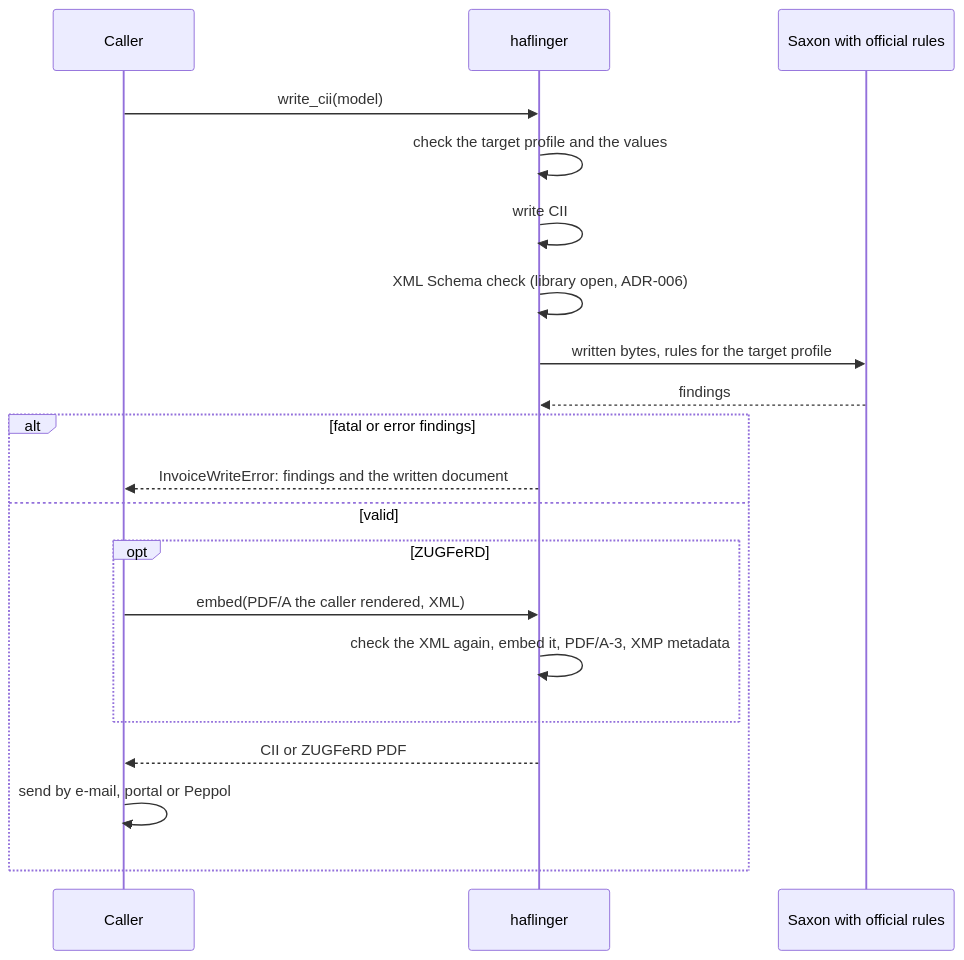
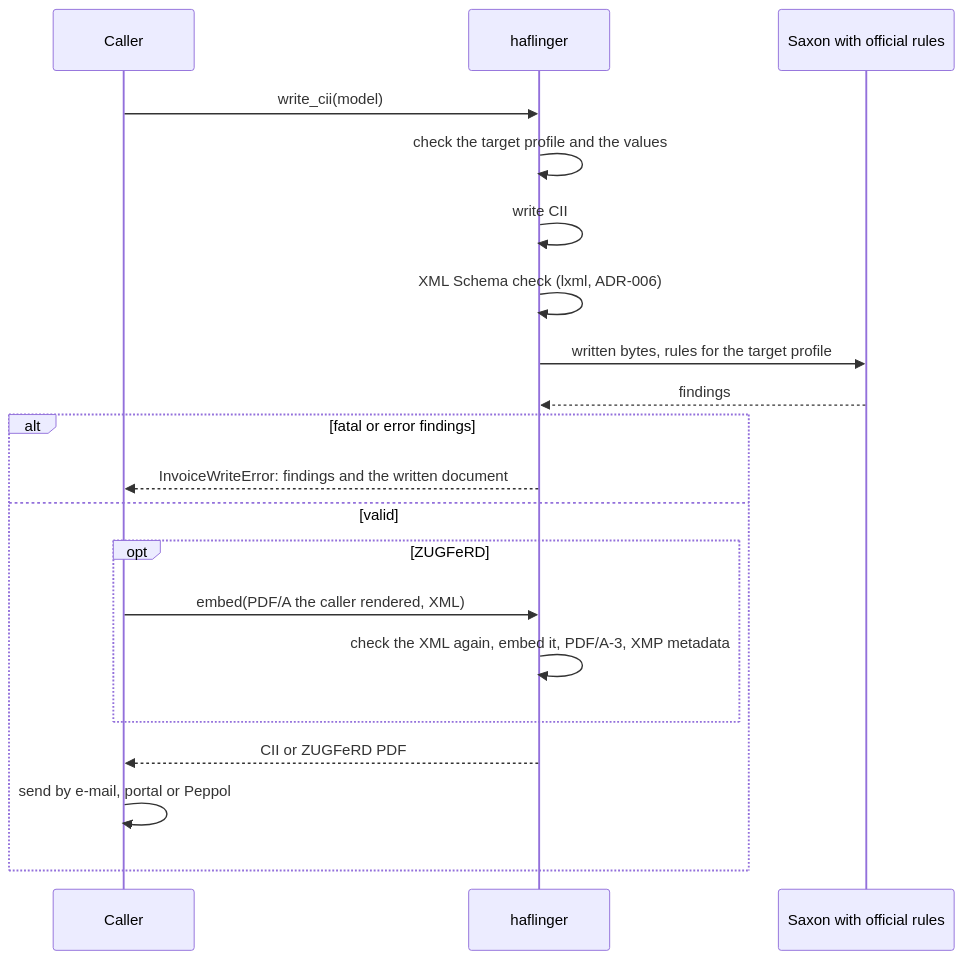
Before and after one commit to Interlusion/haflinger: the fourth of 5 diagrams in docs/arc42/README.md, drawn with Mermaid. The commit also changed other lines of this file and 17 other files, not shown here.

````diff
--- a/docs/arc42/README.md
+++ b/docs/arc42/README.md
@@ -171,22 +171,22 @@
 ```mermaid
 sequenceDiagram
     participant A as Caller
     participant H as haflinger
     participant S as Saxon with official rules
     A->>H: write_cii(model)
     H->>H: check the target profile and the values
     H->>H: write CII
-    H->>H: XML Schema check (library open, ADR-006)
+    H->>H: XML Schema check (lxml, ADR-006)
     H->>S: written bytes, rules for the target profile
     S-->>H: findings
     alt fatal or error findings
         H-->>A: InvoiceWriteError: findings and the written document
     else valid
         opt ZUGFeRD
             A->>H: embed(PDF/A the caller rendered, XML)
             H->>H: check the XML again, embed it, PDF/A-3, XMP metadata
         end
         H-->>A: CII or ZUGFeRD PDF
         A->>A: send by e-mail, portal or Peppol
     end
 ```
````
